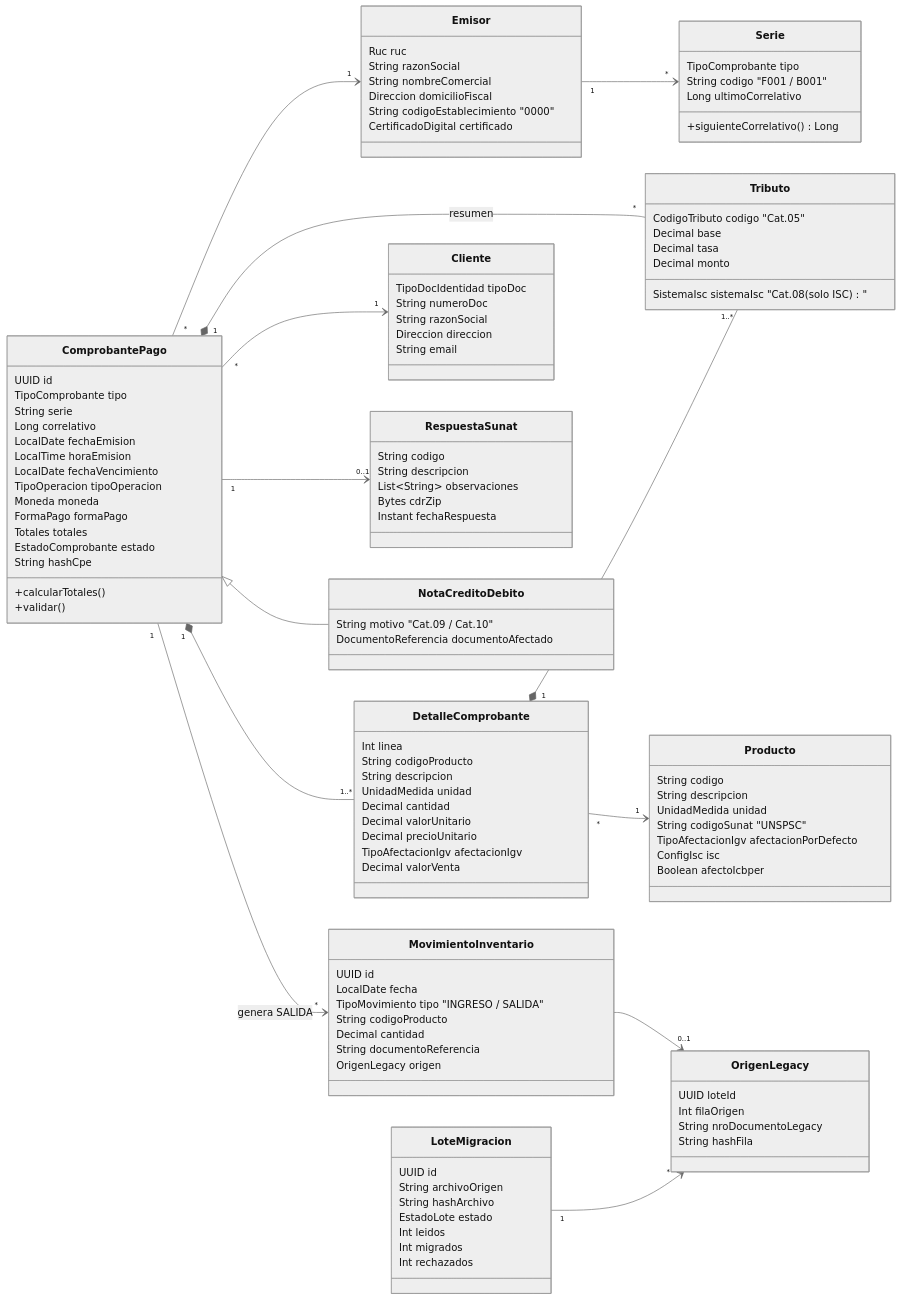
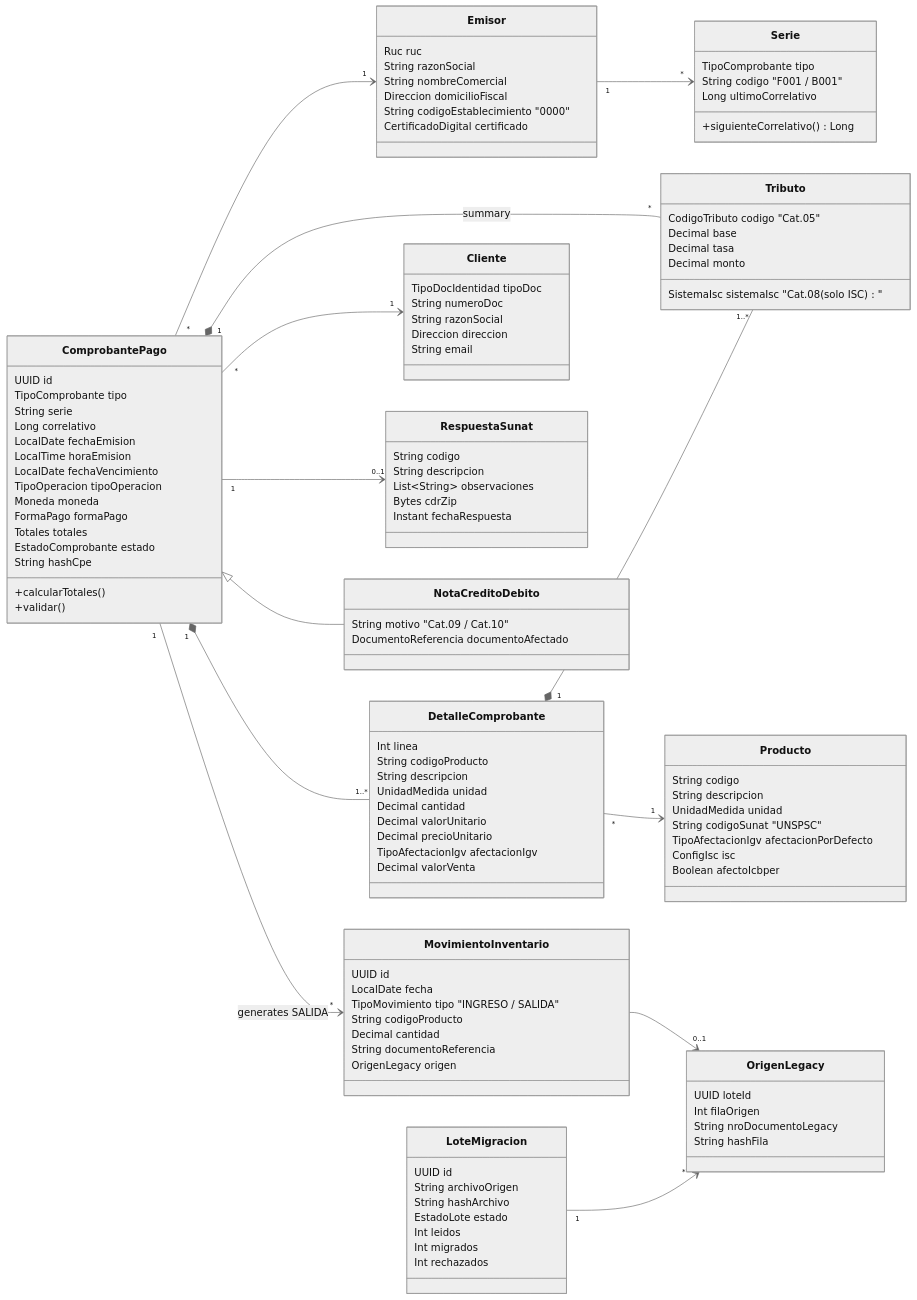
Before and after one commit to Zahir1332007/MD-Arquitectura: the first of 2 diagrams in docs/01_MODELO_DE_DOMINIO.md, drawn with Mermaid (neutral theme). The commit also changed other lines of this file and 16 other files, not shown here.

````diff
--- a/docs/01_MODELO_DE_DOMINIO.md
+++ b/docs/01_MODELO_DE_DOMINIO.md
@@ -120,12 +120,12 @@
     ComprobantePago "*" --> "1" Emisor
     ComprobantePago "*" --> "1" Cliente
     ComprobantePago "1" *-- "1..*" DetalleComprobante
-    ComprobantePago "1" *-- "*" Tributo : resumen
+    ComprobantePago "1" *-- "*" Tributo : summary
     DetalleComprobante "1" *-- "1..*" Tributo
     DetalleComprobante "*" --> "1" Producto
     ComprobantePago "1" --> "0..1" RespuestaSunat
     ComprobantePago <|-- NotaCreditoDebito
-    ComprobantePago "1" --> "*" MovimientoInventario : genera SALIDA
+    ComprobantePago "1" --> "*" MovimientoInventario : generates SALIDA
     MovimientoInventario --> "0..1" OrigenLegacy
     LoteMigracion "1" --> "*" OrigenLegacy
 ```
````
